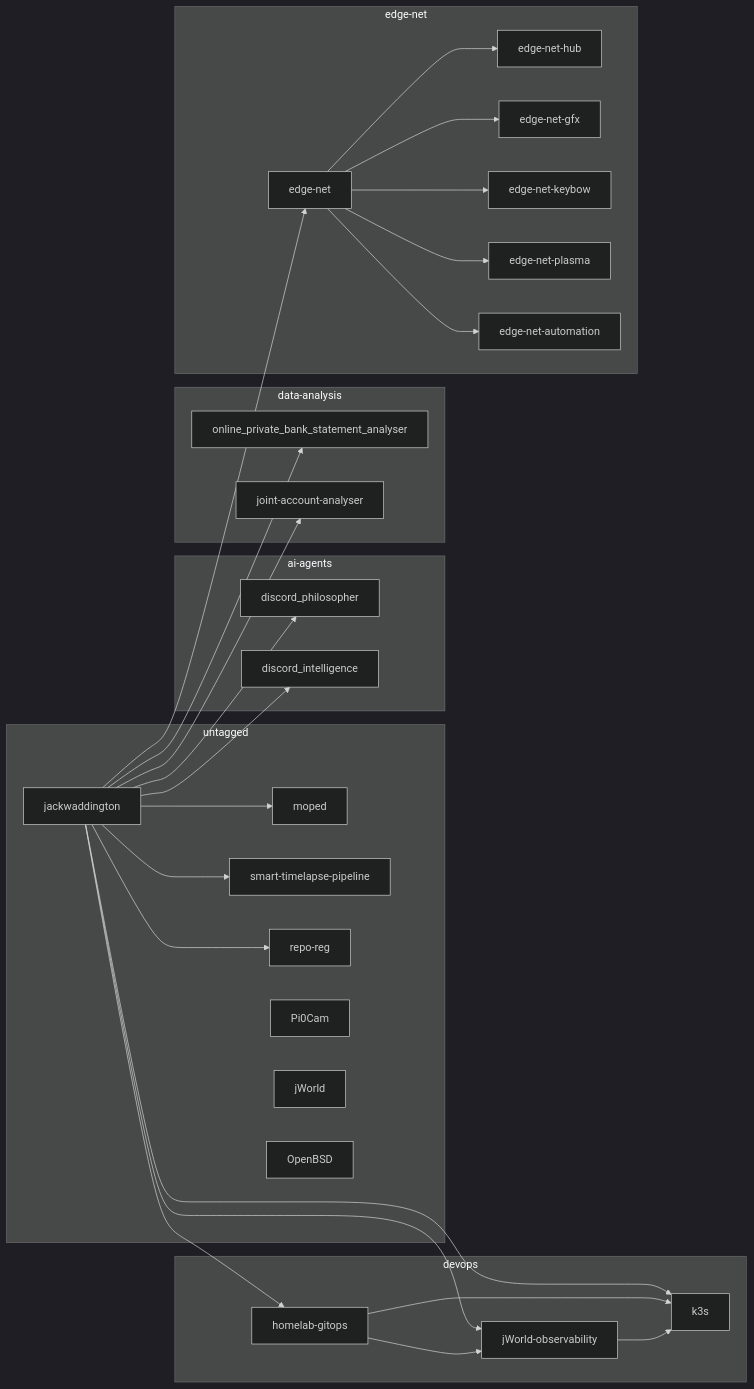
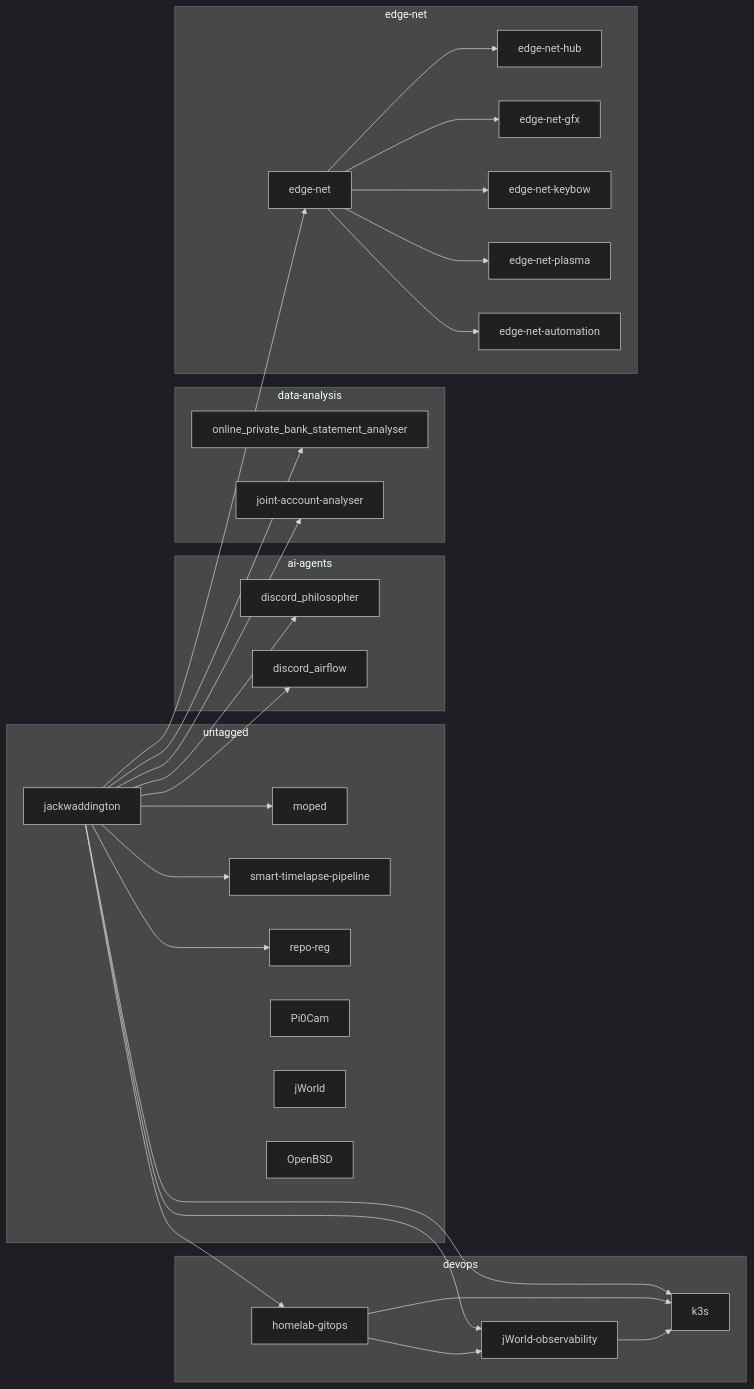
The diagram in README.md (jackwaddington/repo-reg), drawn with Mermaid (dark theme) before and after one commit.

Commit message:
Update discord_intelligence to discord_airflow

````diff
--- a/README.md
+++ b/README.md
@@ -78,53 +78,53 @@
 ```mermaid
 graph LR
     subgraph ai-agents
         discord_philosopher
-        discord_intelligence
+        discord_airflow
     end
     subgraph data-analysis
         online_private_bank_statement_analyser
         joint_account_analyser["joint-account-analyser"]
     end
     subgraph devops
         k3s
         jWorld_observability["jWorld-observability"]
         homelab_gitops["homelab-gitops"]
     end
     subgraph edge-net
         edge_net["edge-net"]
         edge_net_hub["edge-net-hub"]
         edge_net_gfx["edge-net-gfx"]
         edge_net_keybow["edge-net-keybow"]
         edge_net_plasma["edge-net-plasma"]
         edge_net_automation["edge-net-automation"]
     end
     subgraph untagged
         moped
         jackwaddington
         smart_timelapse_pipeline["smart-timelapse-pipeline"]
         repo_reg["repo-reg"]
         Pi0Cam
         jWorld
         OpenBSD
     end
 
-    jackwaddington --> discord_intelligence
+    jackwaddington --> discord_airflow
     jackwaddington --> discord_philosopher
     jackwaddington --> edge_net
     jackwaddington --> homelab_gitops
     jackwaddington --> jWorld_observability
     jackwaddington --> joint_account_analyser
     jackwaddington --> k3s
     jackwaddington --> moped
     jackwaddington --> online_private_bank_statement_analyser
     jackwaddington --> repo_reg
     jackwaddington --> smart_timelapse_pipeline
     edge_net --> edge_net_hub
     edge_net --> edge_net_gfx
     edge_net --> edge_net_keybow
     edge_net --> edge_net_plasma
     edge_net --> edge_net_automation
     homelab_gitops --> jWorld_observability
     homelab_gitops --> k3s
     jWorld_observability --> k3s
 ```
````
